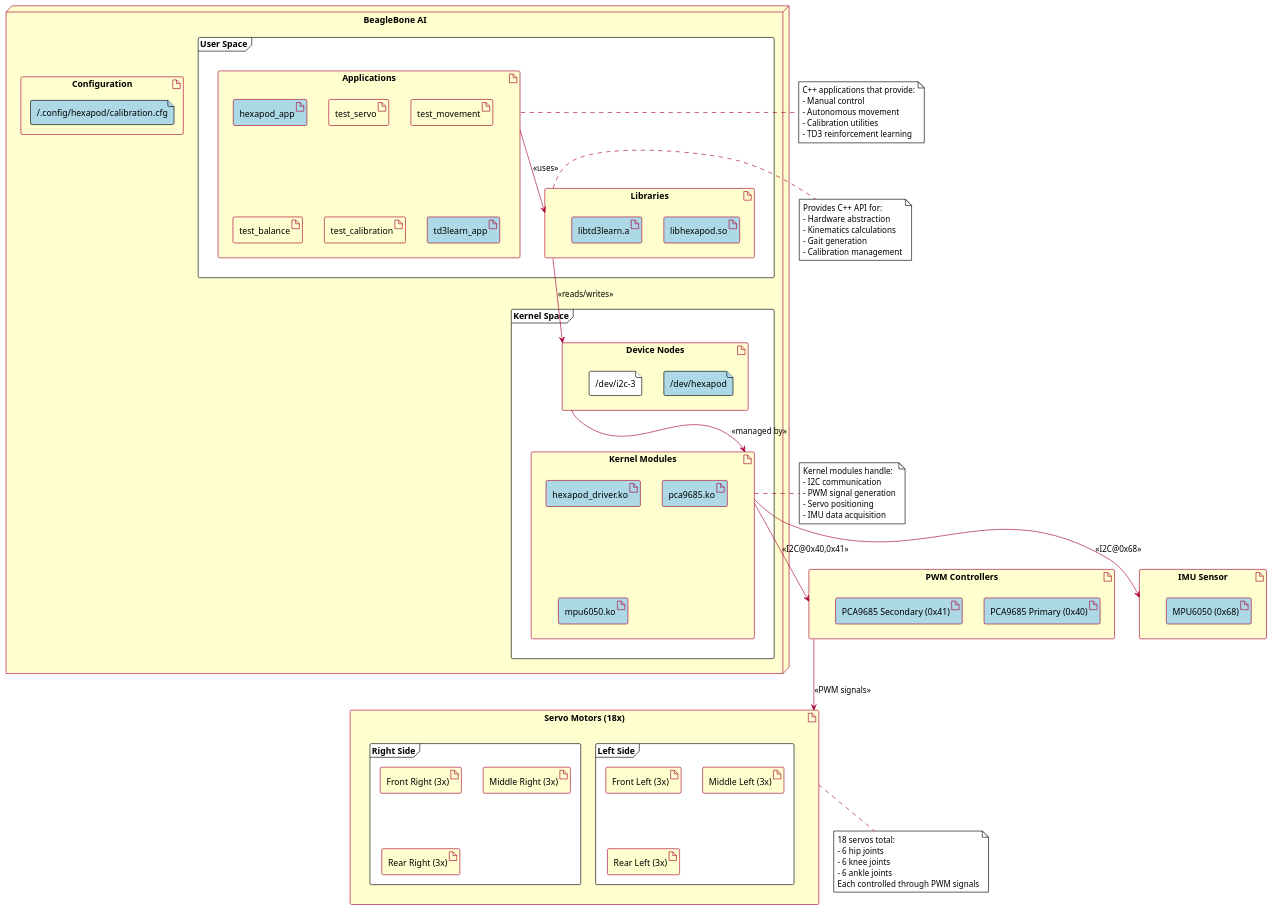
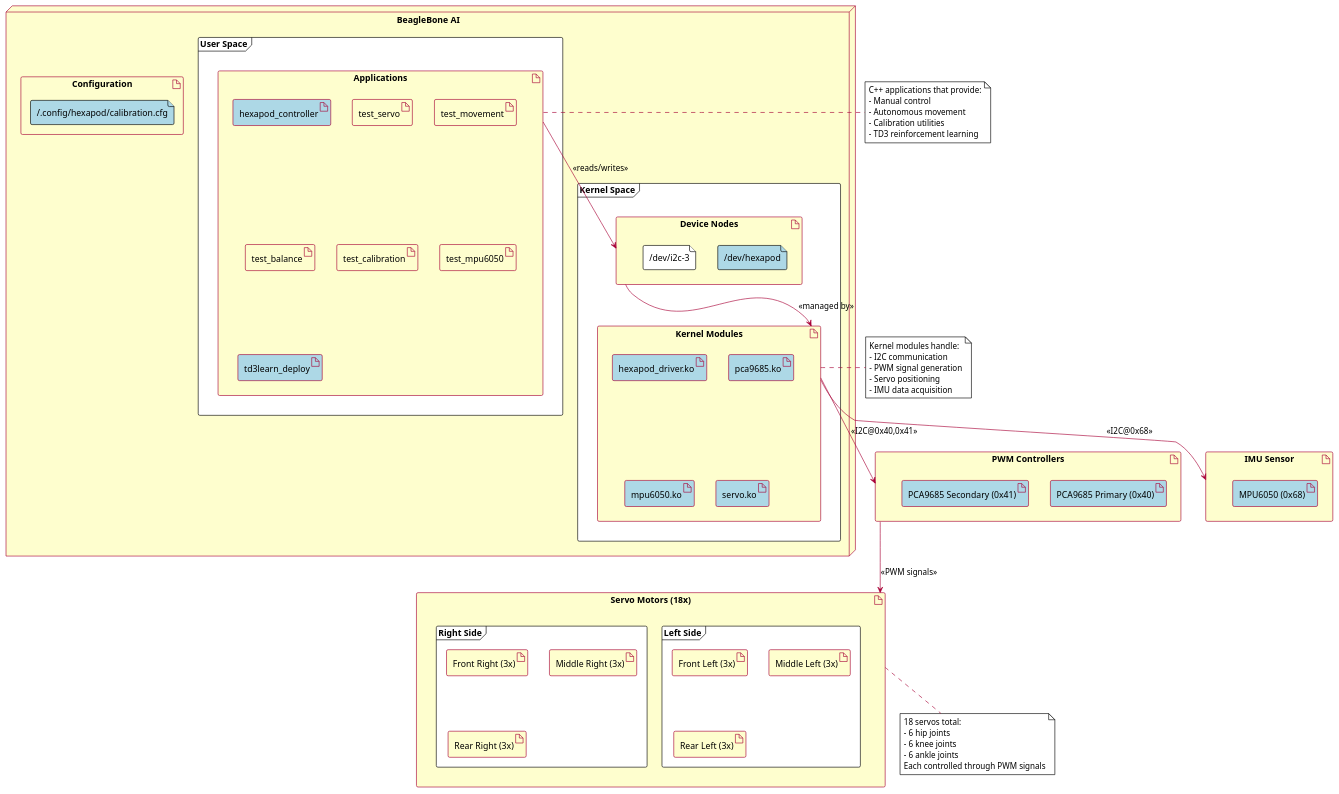
One commit to NguyenTrongPhuc552003/reinforcement-automative-hexapod changed the diagram in docs/diagrams/src/deployment.puml. Above: the diagram before and after it, drawn with PlantUML. The commit also changed 6 other files, not shown here.

Commit message:
Adding an extra UML diagrams directory to create a system overview better

```diff
--- a/docs/diagrams/src/deployment.puml
+++ b/docs/diagrams/src/deployment.puml
@@ -1,111 +1,101 @@
 @startuml Hexapod Deployment Diagram
 
 !theme plain
 skinparam nodeBackgroundColor #FEFECE
 skinparam nodeBorderColor #A80036
 skinparam deviceBackgroundColor #FEFECE
 skinparam deviceBorderColor #A80036
 skinparam artifactBackgroundColor #FEFECE
 skinparam artifactBorderColor #A80036
 skinparam ArrowColor #A80036
 
 ' Physical devices based on the actual hardware configuration
 node "BeagleBone AI" as sbc {
   frame "User Space" {
     artifact "Applications" as app {
-      artifact "hexapod_app" #ADD8E6
+      artifact "hexapod_controller" #ADD8E6
       artifact "test_servo"
       artifact "test_movement"
       artifact "test_balance"
       artifact "test_calibration"
-      artifact "td3learn_app" #ADD8E6
+      artifact "test_mpu6050"
+      artifact "td3learn_deploy" #ADD8E6
     }
     
-    artifact "Libraries" as lib {
-      artifact "libhexapod.so" #ADD8E6
-      artifact "libtd3learn.a" #ADD8E6
-    }
+    ' Direct connection from applications to device nodes without middleware libraries
   }
   
   frame "Kernel Space" {
     artifact "Kernel Modules" as driver {
       artifact "hexapod_driver.ko" #ADD8E6
       artifact "pca9685.ko" #ADD8E6
       artifact "mpu6050.ko" #ADD8E6
+      artifact "servo.ko" #ADD8E6
     }
     
     artifact "Device Nodes" as device {
       file "/dev/hexapod" #ADD8E6
       file "/dev/i2c-3"
     }
   }
   
   artifact "Configuration" as config {
     file "~/.config/hexapod/calibration.cfg" #ADD8E6
   }
 }
 
 artifact "PWM Controllers" as pca9685 {
   artifact "PCA9685 Primary (0x40)" #ADD8E6
   artifact "PCA9685 Secondary (0x41)" #ADD8E6
 }
 
 artifact "IMU Sensor" as mpu6050 {
   artifact "MPU6050 (0x68)" #ADD8E6
 }
 
 artifact "Servo Motors (18x)" as servos {
   frame "Left Side" {
     artifact "Front Left (3x)"
     artifact "Middle Left (3x)"
     artifact "Rear Left (3x)"
   }
   frame "Right Side" {
     artifact "Front Right (3x)" 
     artifact "Middle Right (3x)"
     artifact "Rear Right (3x)"
   }
 }
 
 ' Connections based on actual system architecture
-app --> lib : <<uses>>
-lib --> device : <<reads/writes>>
+app --> device : <<reads/writes>>
 device --> driver : <<managed by>>
 driver --> pca9685 : <<I2C@0x40,0x41>>
 driver --> mpu6050 : <<I2C@0x68>>
 pca9685 --> servos : <<PWM signals>>
 
 ' Notes based on code documentation
 note right of app
   C++ applications that provide:
   - Manual control
   - Autonomous movement
   - Calibration utilities 
   - TD3 reinforcement learning
-end note
-
-note right of lib
-  Provides C++ API for:
-  - Hardware abstraction
-  - Kinematics calculations
-  - Gait generation
-  - Calibration management
 end note
 
 note right of driver
   Kernel modules handle:
   - I2C communication
   - PWM signal generation
   - Servo positioning
   - IMU data acquisition
 end note
 
 note bottom of servos
   18 servos total:
   - 6 hip joints
   - 6 knee joints
   - 6 ankle joints
   Each controlled through PWM signals
 end note
 
 @enduml
```
